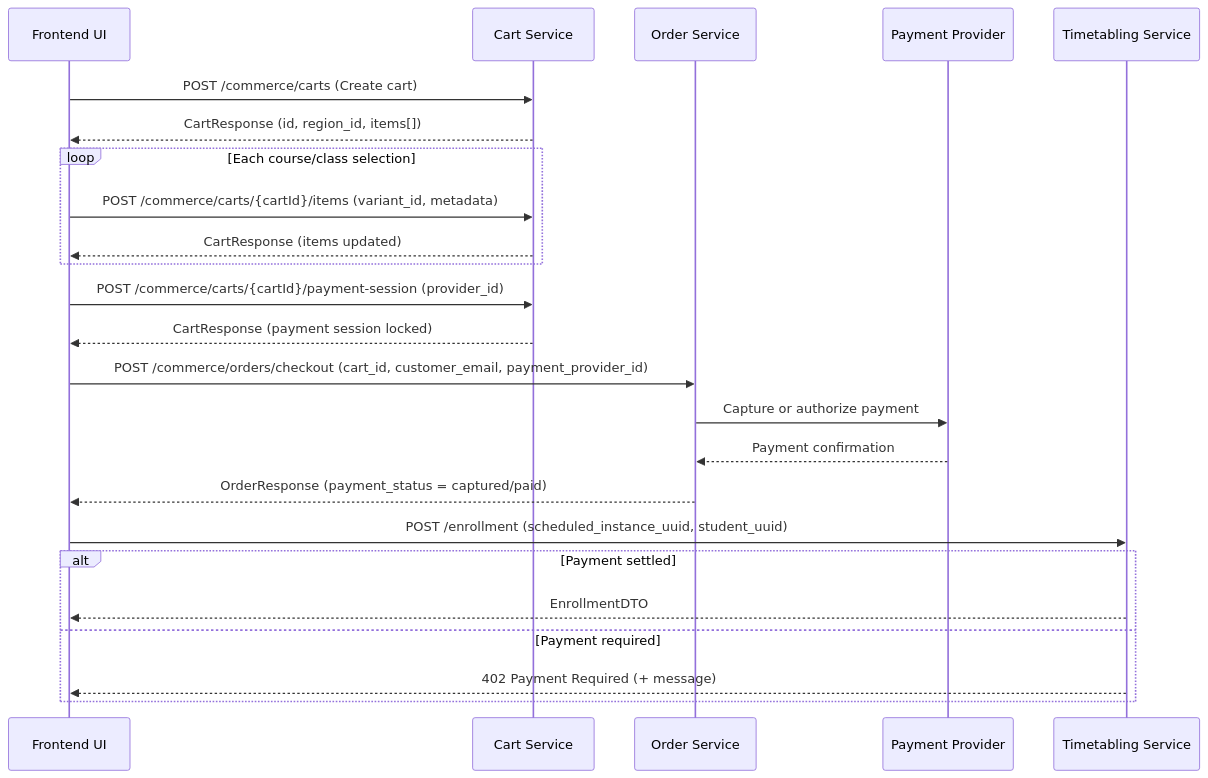
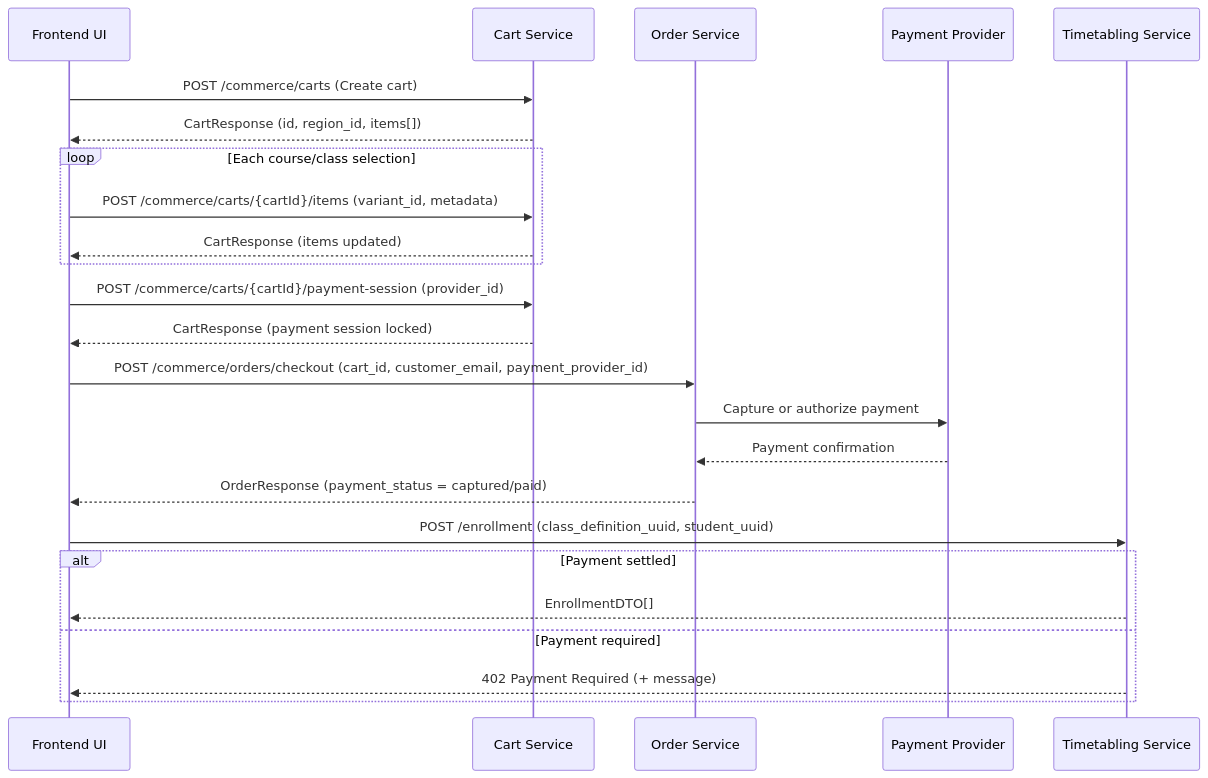
One commit to sarafrika/elimika changed the second of 2 diagrams in docs/guides/CommerceEnrollmentPaywallGuide.md. Above: the diagram before and after it, drawn with Mermaid. The commit also changed other lines of this file and 6 other files, not shown here.

Commit message:
feat: enroll students across all scheduled class sessions

````diff
--- a/docs/guides/CommerceEnrollmentPaywallGuide.md
+++ b/docs/guides/CommerceEnrollmentPaywallGuide.md
@@ -34,31 +34,31 @@
 ```mermaid
 sequenceDiagram
     participant UI as Frontend UI
     participant CartAPI as Cart Service
     participant OrderAPI as Order Service
     participant Payment as Payment Provider
     participant EnrollAPI as Timetabling Service
 
     UI->>CartAPI: POST /commerce/carts (Create cart)
     CartAPI-->>UI: CartResponse (id, region_id, items[])
 
     loop Each course/class selection
         UI->>CartAPI: POST /commerce/carts/{cartId}/items (variant_id, metadata)
         CartAPI-->>UI: CartResponse (items updated)
     end
 
     UI->>CartAPI: POST /commerce/carts/{cartId}/payment-session (provider_id)
     CartAPI-->>UI: CartResponse (payment session locked)
 
     UI->>OrderAPI: POST /commerce/orders/checkout (cart_id, customer_email, payment_provider_id)
     OrderAPI->>Payment: Capture or authorize payment
     Payment-->>OrderAPI: Payment confirmation
     OrderAPI-->>UI: OrderResponse (payment_status = captured/paid)
 
-    UI->>EnrollAPI: POST /enrollment (scheduled_instance_uuid, student_uuid)
+    UI->>EnrollAPI: POST /enrollment (class_definition_uuid, student_uuid)
     alt Payment settled
-        EnrollAPI-->>UI: EnrollmentDTO
+        EnrollAPI-->>UI: EnrollmentDTO[]
     else Payment required
         EnrollAPI-->>UI: 402 Payment Required (+ message)
     end
 ```
````
